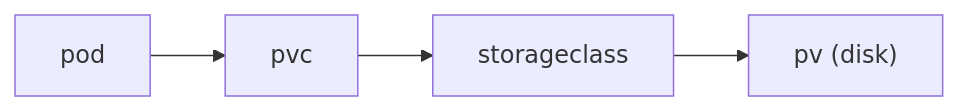
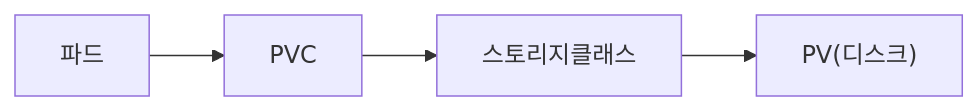
One commit to yeongseon-books/book-content changed the diagram in content/kubernetes-101/ko/07-volume.md. Above: the diagram before and after it, drawn with Mermaid. The commit also changed other lines of this file and 4 other files, not shown here.

````diff
--- a/content/kubernetes-101/ko/07-volume.md
+++ b/content/kubernetes-101/ko/07-volume.md
@@ -33,6 +49,6 @@
 ```mermaid
 flowchart LR
-    Pod["pod"] --> PVC["pvc"]
-    PVC --> SC["storageclass"]
-    SC --> PV["pv (disk)"]
+    Pod["파드"] --> PVC["PVC"]
+    PVC --> SC["스토리지클래스"]
+    SC --> PV["PV(디스크)"]
 ```
````
